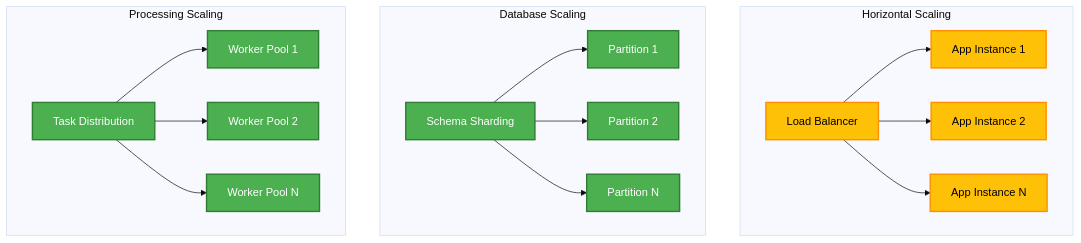
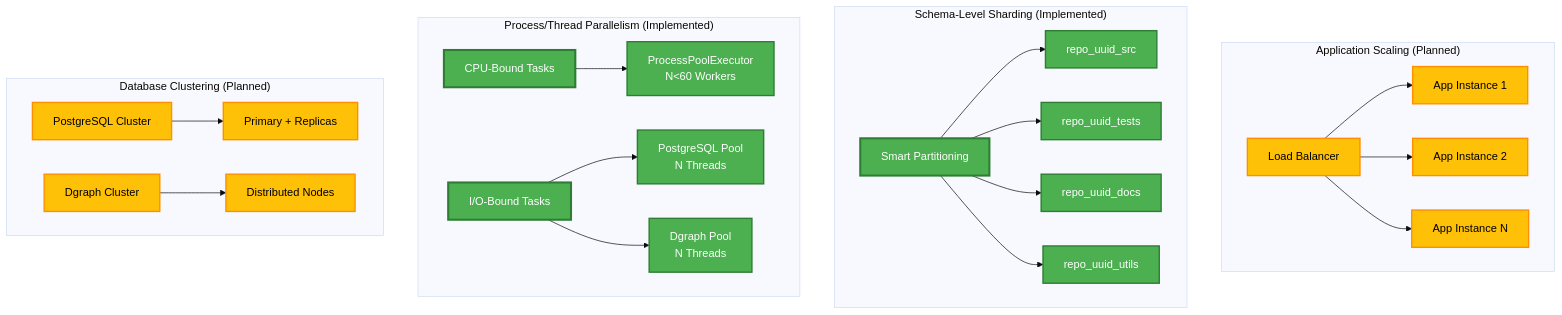
The ninth of 15 diagrams in ARCHITECTURE.md (Independent-AI-Labs/AMI-SDA), drawn with Mermaid (base theme) before and after one commit. The commit also changed other lines of this file and 1 other file, not shown here.

````diff
--- a/ARCHITECTURE.md
+++ b/ARCHITECTURE.md
@@ -767,33 +911,45 @@
 ```mermaid
 graph TB
-    subgraph "Horizontal Scaling"
+    subgraph "Application Scaling (Planned)"
         A[Load Balancer] --> B[App Instance 1]
         A --> C[App Instance 2]
         A --> D[App Instance N]
     end
     
-    subgraph "Database Scaling"
-        E[Schema Sharding] --> F[Partition 1]
-        E --> G[Partition 2]
-        E --> H[Partition N]
+    subgraph "Schema-Level Sharding (Implemented)"
+        E[Smart Partitioning] --> F[repo_uuid_src]
+        E --> G[repo_uuid_tests]
+        E --> H[repo_uuid_docs]
+        E --> I[repo_uuid_utils]
     end
     
-    subgraph "Processing Scaling"
-        I[Task Distribution] --> J[Worker Pool 1]
-        I --> K[Worker Pool 2]
-        I --> L[Worker Pool N]
+    subgraph "Process/Thread Parallelism (Implemented)"
+        J[CPU-Bound Tasks] --> K[ProcessPoolExecutor<br/>N&lt60 Workers]
+        L[I/O-Bound Tasks] --> M[PostgreSQL Pool<br/>N Threads]
+        L --> N[Dgraph Pool<br/>N Threads]
+    end
+    
+    subgraph "Database Clustering (Planned)"
+        O[PostgreSQL Cluster] --> P[Primary + Replicas]
+        Q[Dgraph Cluster] --> R[Distributed Nodes]
     end
     
     style A fill:#FFC107,stroke:#FF8F00,stroke-width:2px,color:#000
     style B fill:#FFC107,stroke:#FF8F00,stroke-width:2px,color:#000
     style C fill:#FFC107,stroke:#FF8F00,stroke-width:2px,color:#000
     style D fill:#FFC107,stroke:#FF8F00,stroke-width:2px,color:#000
-    style E fill:#4CAF50,stroke:#2E7D32,stroke-width:2px,color:#fff
+    style E fill:#4CAF50,stroke:#2E7D32,stroke-width:3px,color:#fff
     style F fill:#4CAF50,stroke:#2E7D32,stroke-width:2px,color:#fff
     style G fill:#4CAF50,stroke:#2E7D32,stroke-width:2px,color:#fff
     style H fill:#4CAF50,stroke:#2E7D32,stroke-width:2px,color:#fff
     style I fill:#4CAF50,stroke:#2E7D32,stroke-width:2px,color:#fff
-    style J fill:#4CAF50,stroke:#2E7D32,stroke-width:2px,color:#fff
+    style J fill:#4CAF50,stroke:#2E7D32,stroke-width:3px,color:#fff
     style K fill:#4CAF50,stroke:#2E7D32,stroke-width:2px,color:#fff
-    style L fill:#4CAF50,stroke:#2E7D32,stroke-width:2px,color:#fff
+    style L fill:#4CAF50,stroke:#2E7D32,stroke-width:3px,color:#fff
+    style M fill:#4CAF50,stroke:#2E7D32,stroke-width:2px,color:#fff
+    style N fill:#4CAF50,stroke:#2E7D32,stroke-width:2px,color:#fff
+    style O fill:#FFC107,stroke:#FF8F00,stroke-width:2px,color:#000
+    style P fill:#FFC107,stroke:#FF8F00,stroke-width:2px,color:#000
+    style Q fill:#FFC107,stroke:#FF8F00,stroke-width:2px,color:#000
+    style R fill:#FFC107,stroke:#FF8F00,stroke-width:2px,color:#000
 ```
````
